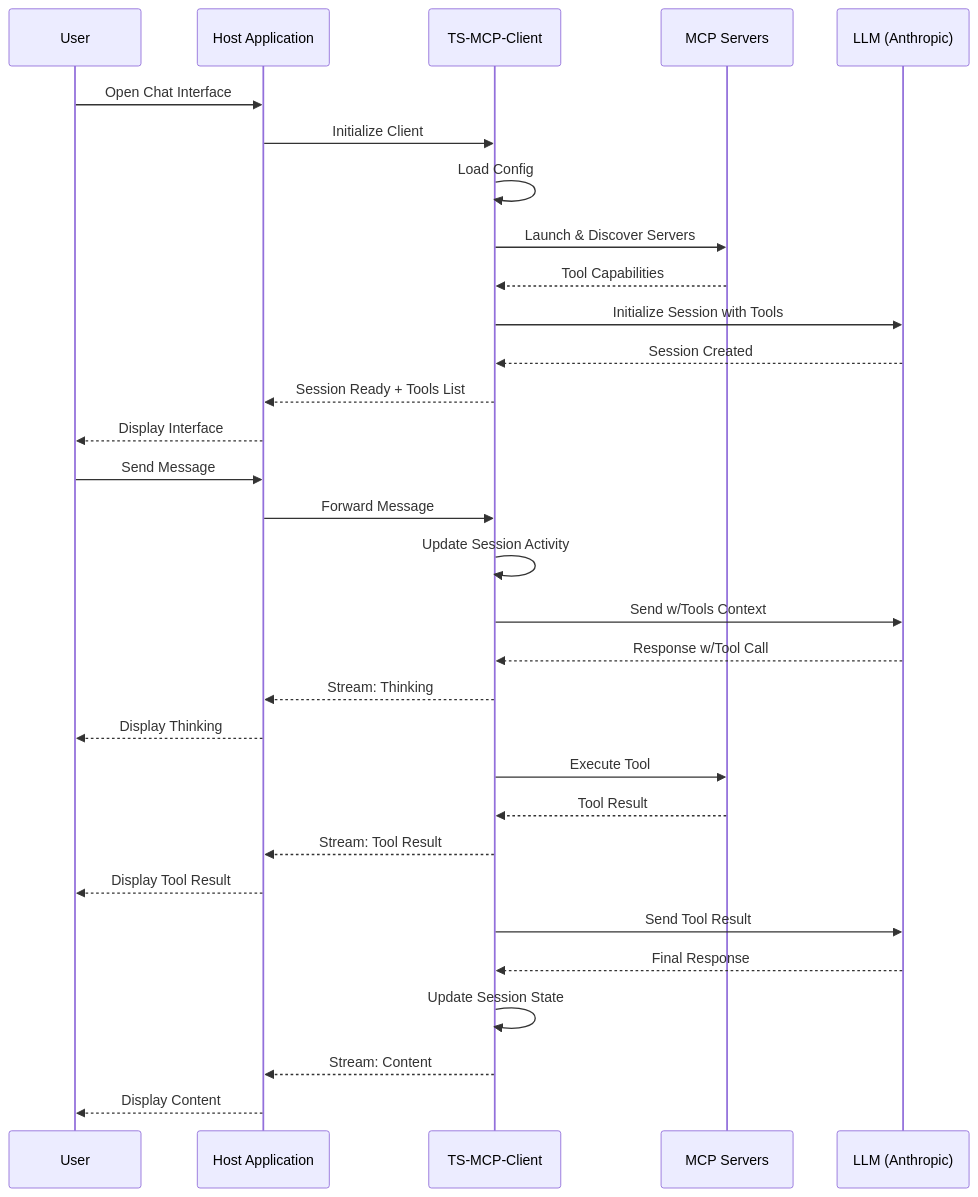
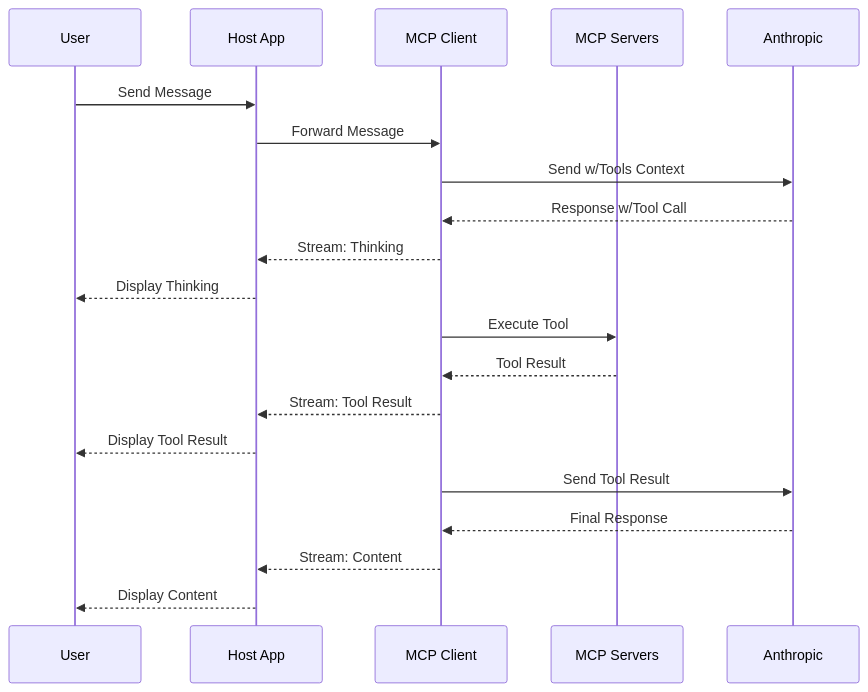
Before and after one commit to RinardNick/client_mcp: the second of 2 diagrams in README.md, drawn with Mermaid. The commit also changed other lines of this file, not shown here.

````diff
--- a/README.md
+++ b/README.md
@@ -921,41 +148,26 @@
 ```mermaid
 sequenceDiagram
     participant User
-    participant Host as Host Application
-    participant Client as TS-MCP-Client
+    participant Host as Host App
+    participant Client as MCP Client
     participant Server as MCP Servers
-    participant LLM as LLM (Anthropic)
+    participant LLM as Anthropic
 
-    %% Initialization Flow
-    User->>Host: Open Chat Interface
-    Host->>Client: Initialize Client
-    Client->>Client: Load Config
-    Client->>Server: Launch & Discover Servers
-    Server-->>Client: Tool Capabilities
-    Client->>LLM: Initialize Session with Tools
-    LLM-->>Client: Session Created
-    Client-->>Host: Session Ready + Tools List
-    Host-->>User: Display Interface
-
-    %% Message Flow
     User->>Host: Send Message
     Host->>Client: Forward Message
-    Client->>Client: Update Session Activity
     Client->>LLM: Send w/Tools Context
     LLM-->>Client: Response w/Tool Call
 
-    %% Start Streaming Updates
     Client-->>Host: Stream: Thinking
     Host-->>User: Display Thinking
 
     Client->>Server: Execute Tool
     Server-->>Client: Tool Result
     Client-->>Host: Stream: Tool Result
     Host-->>User: Display Tool Result
 
     Client->>LLM: Send Tool Result
     LLM-->>Client: Final Response
-    Client->>Client: Update Session State
     Client-->>Host: Stream: Content
     Host-->>User: Display Content
 ```
````
